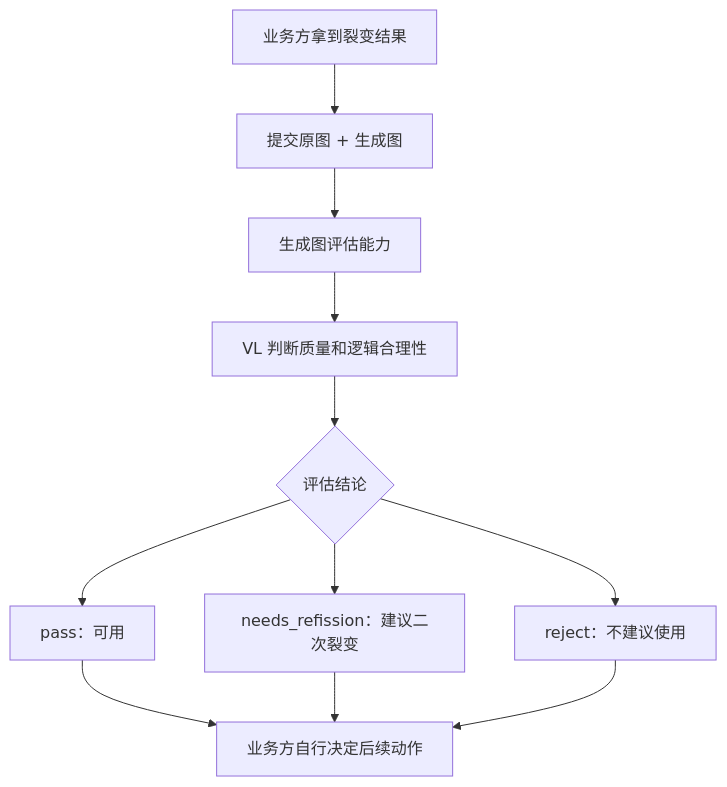
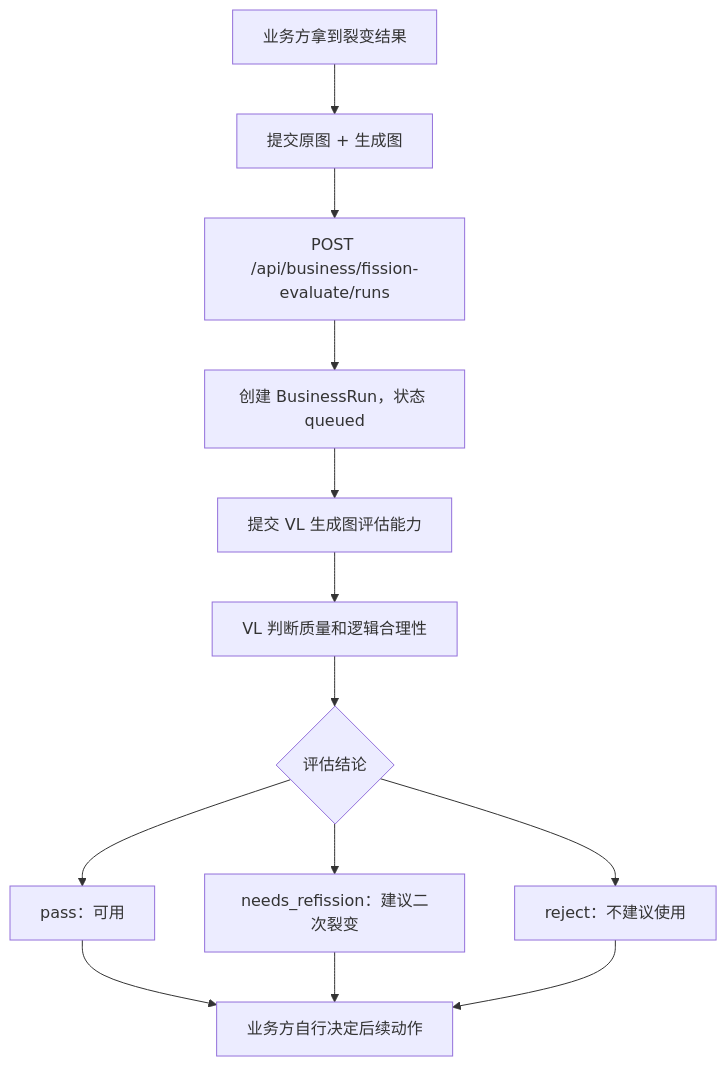
The third of 3 diagrams in docs/api/examples/fission-delivery-contract-2026-05-12.md (zhangx1234994/POD_AI), drawn with Mermaid before and after one commit. The commit also changed other lines of this file and 34 other files, not shown here.

````diff
--- a/docs/api/examples/fission-delivery-contract-2026-05-12.md
+++ b/docs/api/examples/fission-delivery-contract-2026-05-12.md
@@ -150,13 +151,15 @@
 ```mermaid
 flowchart TD
     A["业务方拿到裂变结果"] --> B["提交原图 + 生成图"]
-    B --> C["生成图评估能力"]
-    C --> D["VL 判断质量和逻辑合理性"]
+    B --> C["POST /api/business/fission-evaluate/runs"]
+    C --> C1["创建 BusinessRun，状态 queued"]
+    C1 --> C2["提交 VL 生成图评估能力"]
+    C2 --> D["VL 判断质量和逻辑合理性"]
     D --> E{"评估结论"}
     E --> F["pass：可用"]
     E --> G["needs_refission：建议二次裂变"]
     E --> H["reject：不建议使用"]
     F --> I["业务方自行决定后续动作"]
     G --> I
     H --> I
 ```
````
